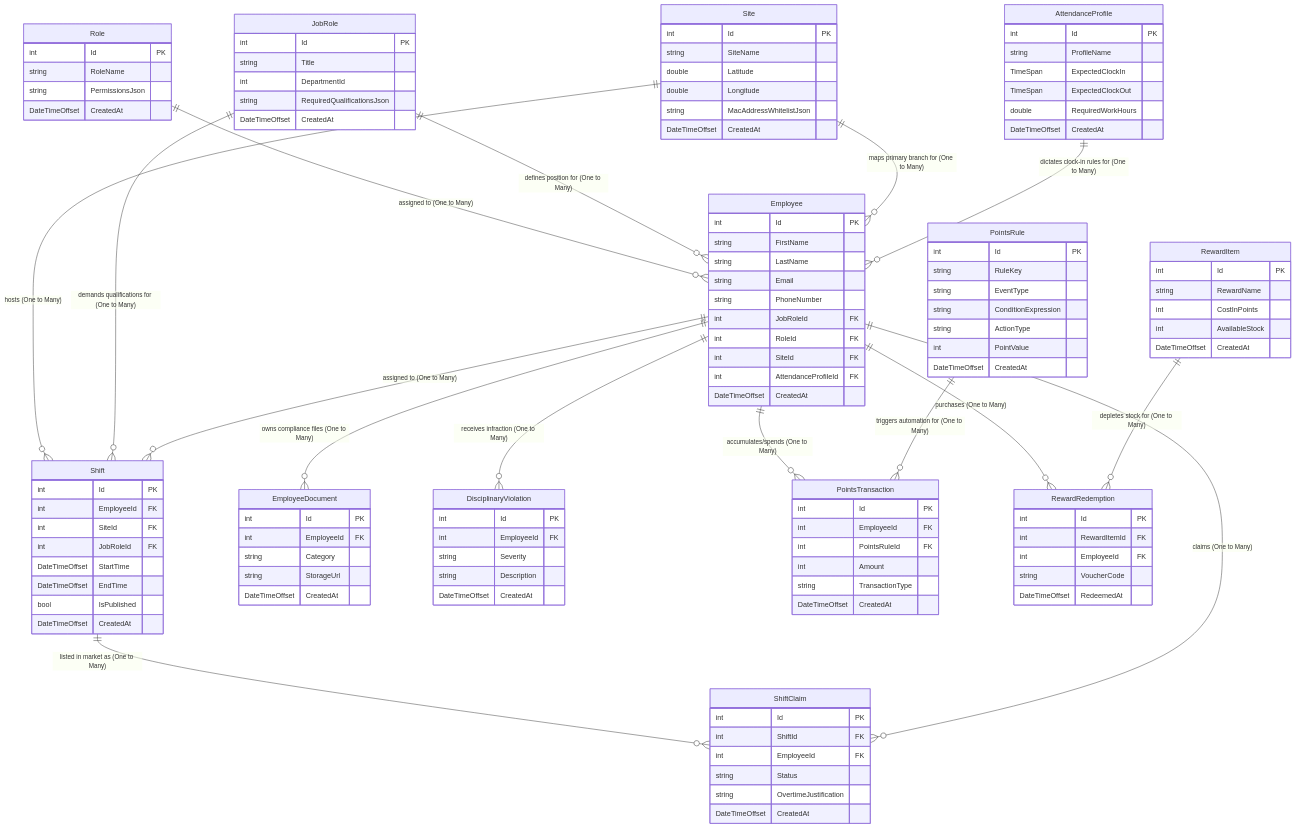
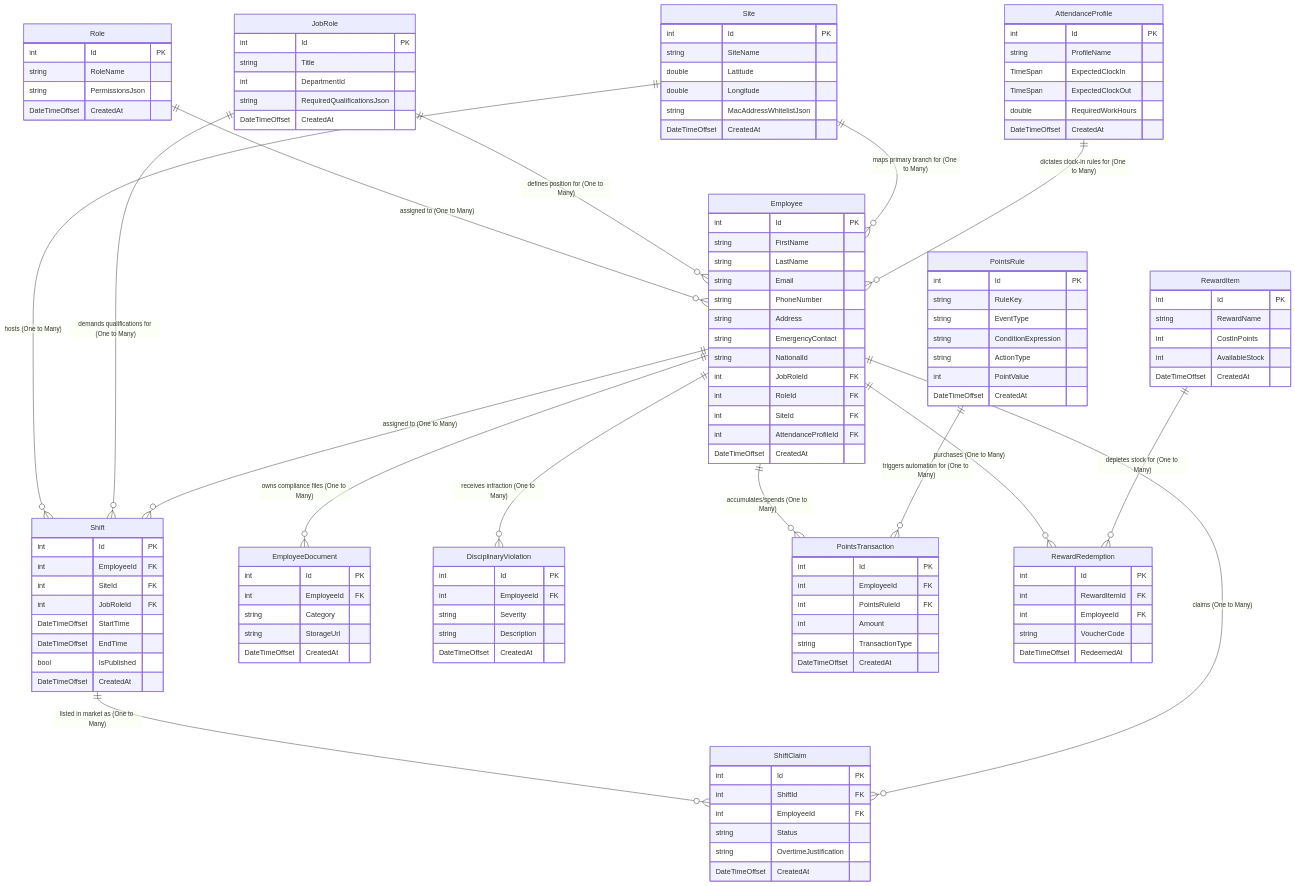
One commit to Moha-sami/HR_System changed the diagram in docs/ERD.md. Above: the diagram before and after it, drawn with Mermaid. The commit also changed 7 other files, not shown here.

```diff
--- a/docs/ERD.md
+++ b/docs/ERD.md
@@ -106,6 +106,9 @@
         string LastName
         string Email
         string PhoneNumber
+        string Address
+        string EmergencyContact
+        string NationalId
         int JobRoleId FK
         int RoleId FK
         int SiteId FK
```
